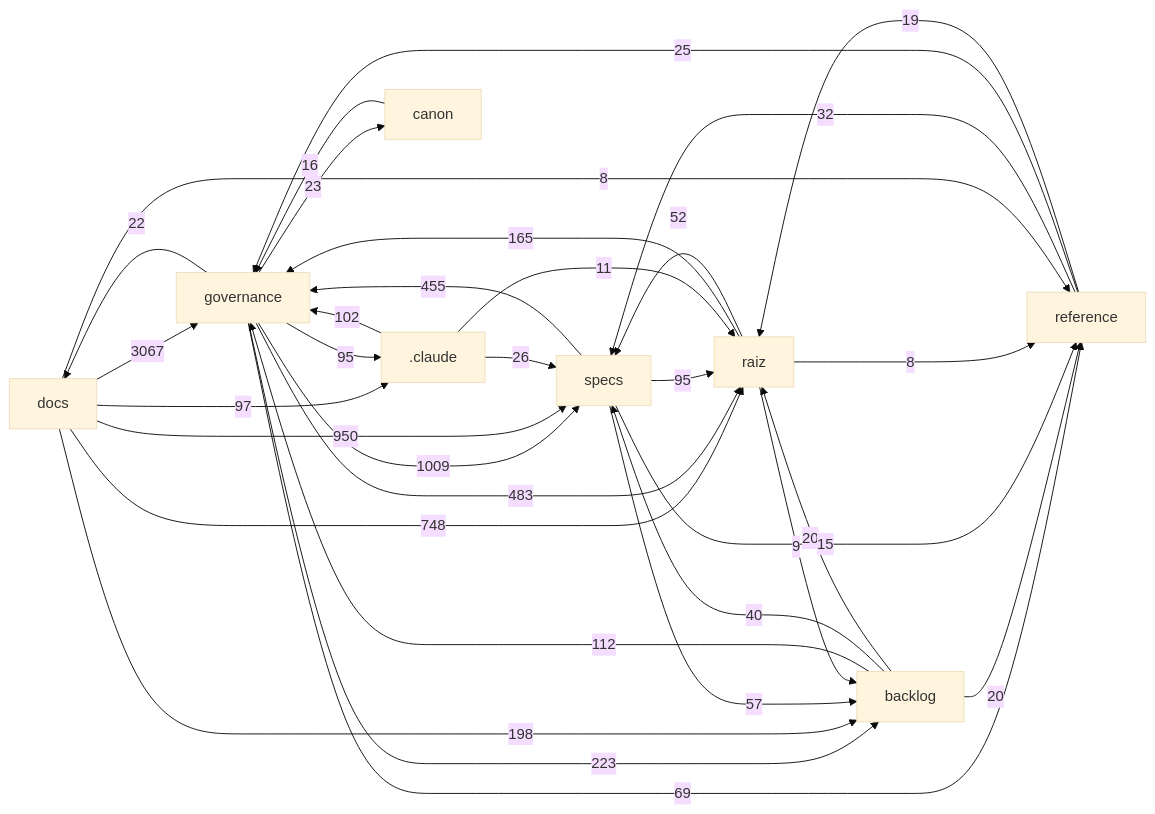
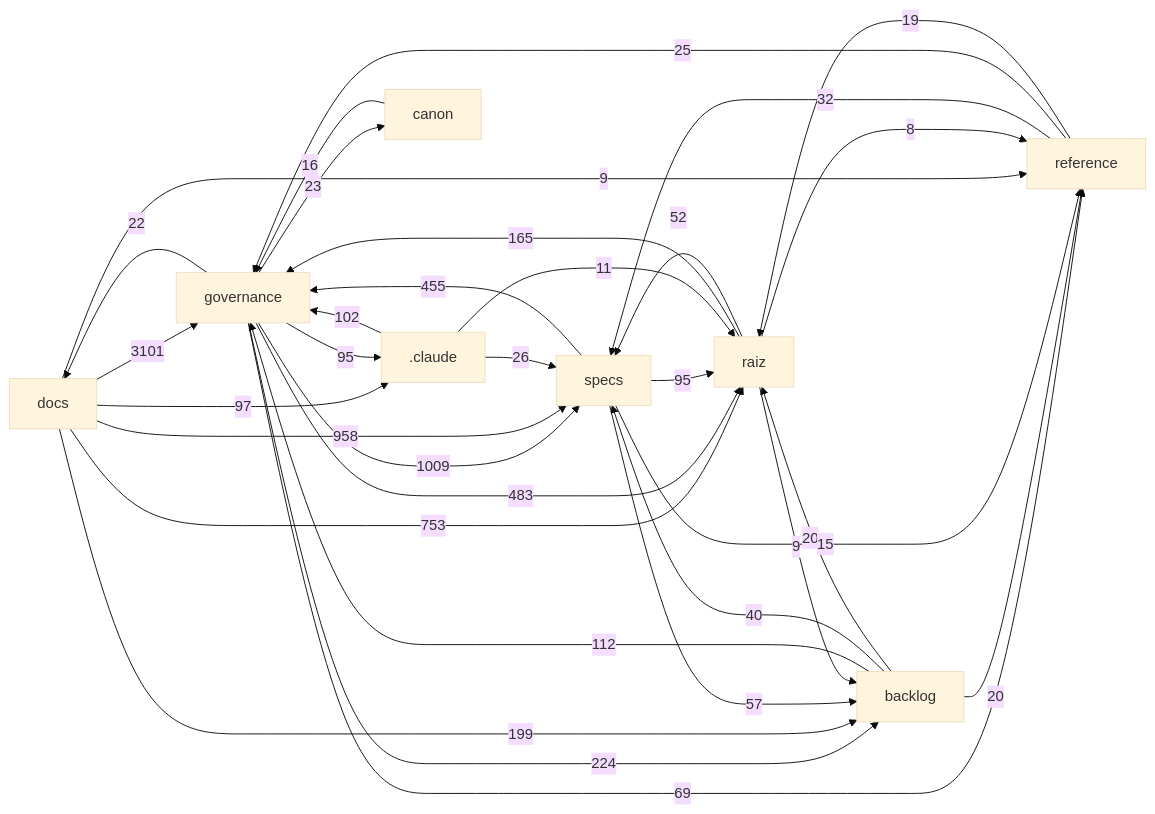
Before and after one commit to Andraus35/Sistema-Operacional-de-Trading--SOT: the diagram in docs/mapa/MAPA-PROJETO.md, drawn with Mermaid (base theme). The commit also changed other lines of this file and 6 other files, not shown here.

````diff
--- a/docs/mapa/MAPA-PROJETO.md
+++ b/docs/mapa/MAPA-PROJETO.md
@@ -29,35 +29,35 @@
 ```mermaid
 flowchart LR
-  docs["docs"] -->|3067| governance["governance"]
+  docs["docs"] -->|3101| governance["governance"]
   governance["governance"] -->|1009| specs["specs"]
-  docs["docs"] -->|950| specs["specs"]
-  docs["docs"] -->|748| raiz["raiz"]
+  docs["docs"] -->|958| specs["specs"]
+  docs["docs"] -->|753| raiz["raiz"]
   governance["governance"] -->|483| raiz["raiz"]
   specs["specs"] -->|455| governance["governance"]
-  governance["governance"] -->|223| backlog["backlog"]
-  docs["docs"] -->|198| backlog["backlog"]
+  governance["governance"] -->|224| backlog["backlog"]
+  docs["docs"] -->|199| backlog["backlog"]
   raiz["raiz"] -->|165| governance["governance"]
   backlog["backlog"] -->|112| governance["governance"]
   _claude[".claude"] -->|102| governance["governance"]
   docs["docs"] -->|97| _claude[".claude"]
   governance["governance"] -->|95| _claude[".claude"]
   specs["specs"] -->|95| raiz["raiz"]
   governance["governance"] -->|69| reference["reference"]
   specs["specs"] -->|57| backlog["backlog"]
   raiz["raiz"] -->|52| specs["specs"]
   backlog["backlog"] -->|40| specs["specs"]
   reference["reference"] -->|32| specs["specs"]
   _claude[".claude"] -->|26| specs["specs"]
   reference["reference"] -->|25| governance["governance"]
   governance["governance"] -->|23| canon["canon"]
   governance["governance"] -->|22| docs["docs"]
   backlog["backlog"] -->|20| raiz["raiz"]
   backlog["backlog"] -->|20| reference["reference"]
   reference["reference"] -->|19| raiz["raiz"]
   canon["canon"] -->|16| governance["governance"]
   specs["specs"] -->|15| reference["reference"]
   _claude[".claude"] -->|11| raiz["raiz"]
   raiz["raiz"] -->|9| backlog["backlog"]
+  docs["docs"] -->|9| reference["reference"]
   raiz["raiz"] -->|8| reference["reference"]
-  docs["docs"] -->|8| reference["reference"]
 ```
````
